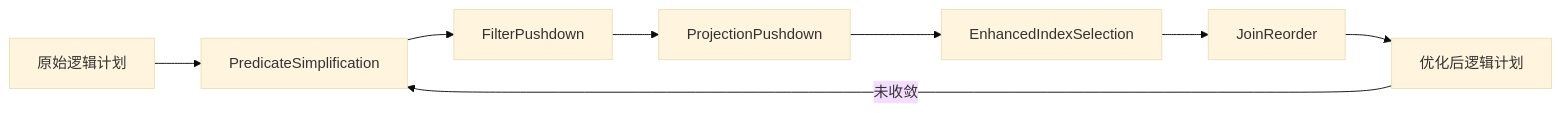
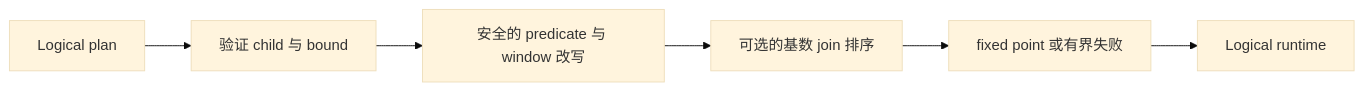
The first of 2 diagrams in docs/apps/docs/content/docs/zh/zyx/architecture/optimization.mdx (nexepic/zyx), drawn with Mermaid (base theme) before and after one commit. The commit also changed other lines of this file and 1349 other files, not shown here.

First line of the commit message:
Retire legacy storage and harden native graph persistence

````diff
--- a/docs/apps/docs/content/docs/zh/zyx/architecture/optimization.mdx
+++ b/docs/apps/docs/content/docs/zh/zyx/architecture/optimization.mdx
@@ -28,10 +20,8 @@
 ```mermaid
 graph LR
-    A["原始逻辑计划"] --> B["PredicateSimplification"]
-    B --> C["FilterPushdown"]
-    C --> D["ProjectionPushdown"]
-    D --> E["EnhancedIndexSelection"]
-    E --> F["JoinReorder"]
-    F --> G["优化后逻辑计划"]
-    G -->|"未收敛"| B
+    A["Logical plan"] --> B["验证 child 与 bound"]
+    B --> C["安全的 predicate 与 window 改写"]
+    C --> D["可选的基数 join 排序"]
+    D --> E["fixed point 或有界失败"]
+    E --> F["Logical runtime"]
 ```
````
